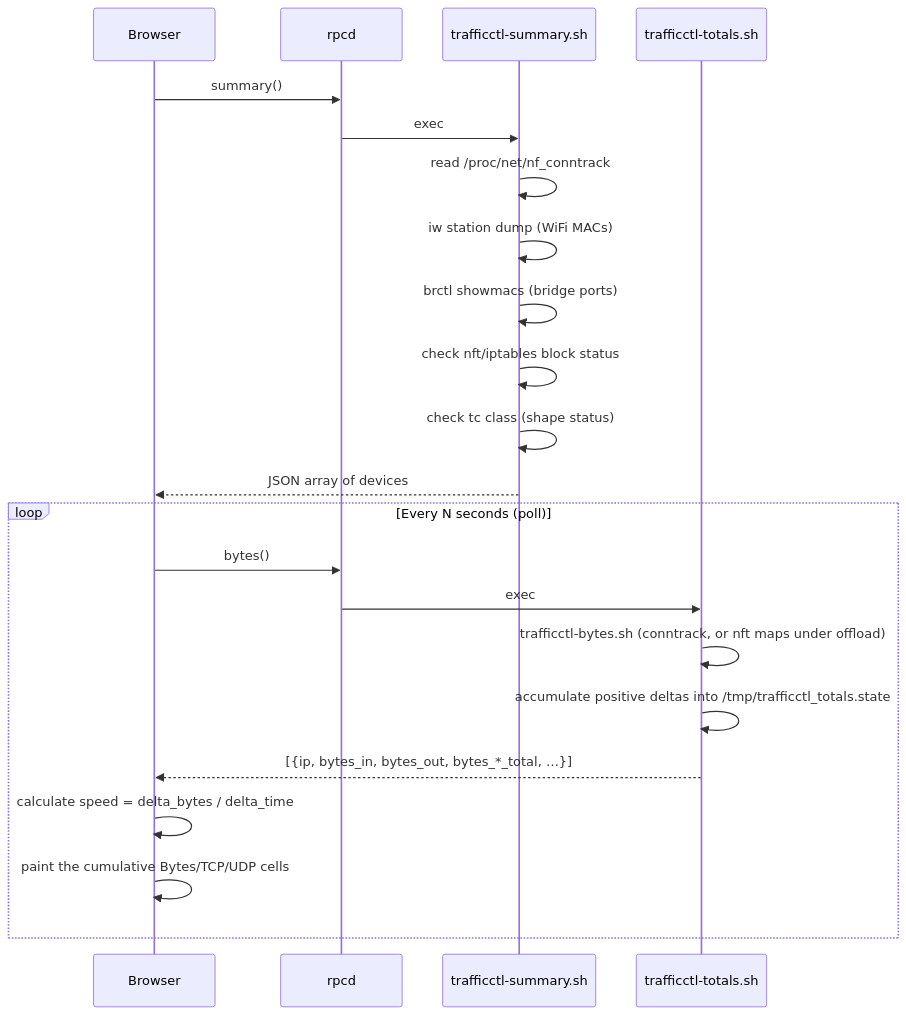
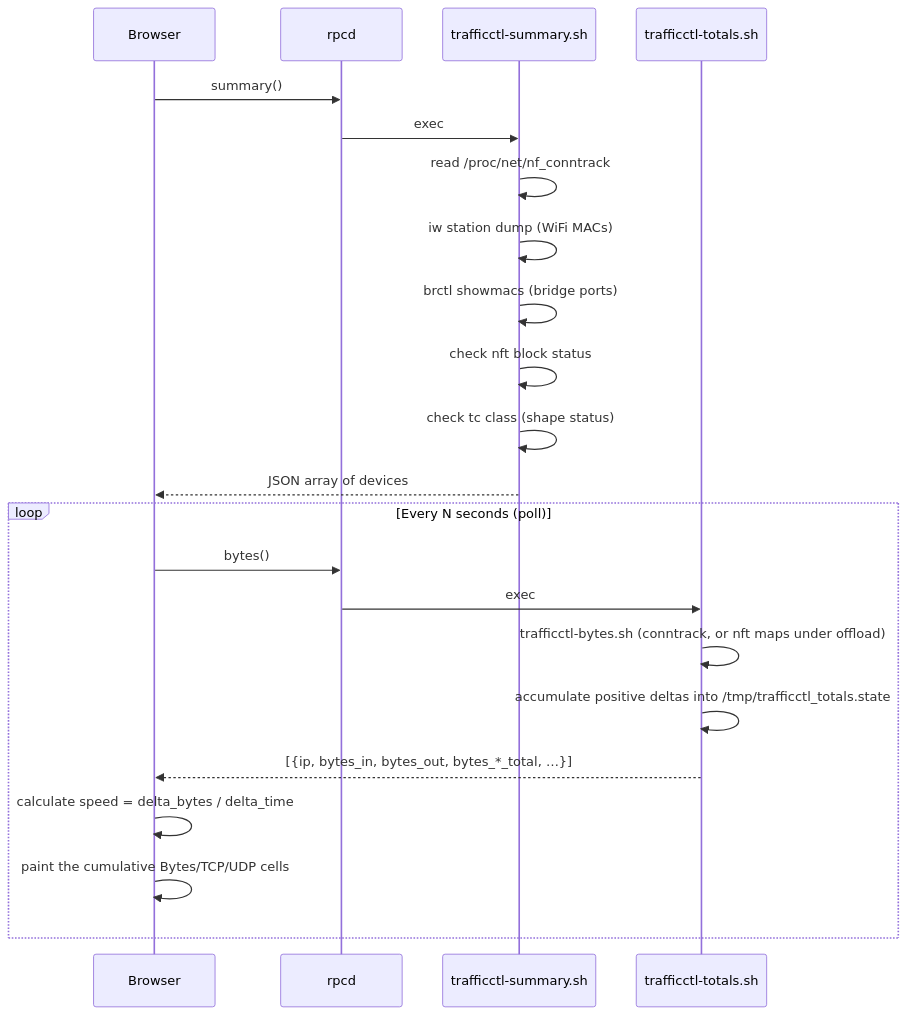
One commit to YusDyr/luci-app-trafficctl changed the second of 6 diagrams in docs/ARCHITECTURE.md. Above: the diagram before and after it, drawn with Mermaid. The commit also changed other lines of this file and 35 other files, not shown here.

````diff
--- a/docs/ARCHITECTURE.md
+++ b/docs/ARCHITECTURE.md
@@ -105,26 +97,26 @@
 ```mermaid
 sequenceDiagram
     participant B as Browser
     participant R as rpcd
     participant S as trafficctl-summary.sh
     participant BY as trafficctl-totals.sh
 
     B->>R: summary()
     R->>S: exec
     S->>S: read /proc/net/nf_conntrack
     S->>S: iw station dump (WiFi MACs)
     S->>S: brctl showmacs (bridge ports)
-    S->>S: check nft/iptables block status
+    S->>S: check nft block status
     S->>S: check tc class (shape status)
     S-->>B: JSON array of devices
 
     loop Every N seconds (poll)
         B->>R: bytes()
         R->>BY: exec
         BY->>BY: trafficctl-bytes.sh (conntrack, or nft maps under offload)
         BY->>BY: accumulate positive deltas into /tmp/trafficctl_totals.state
         BY-->>B: [{ip, bytes_in, bytes_out, bytes_*_total, …}]
         B->>B: calculate speed = delta_bytes / delta_time
         B->>B: paint the cumulative Bytes/TCP/UDP cells
     end
 ```
````
